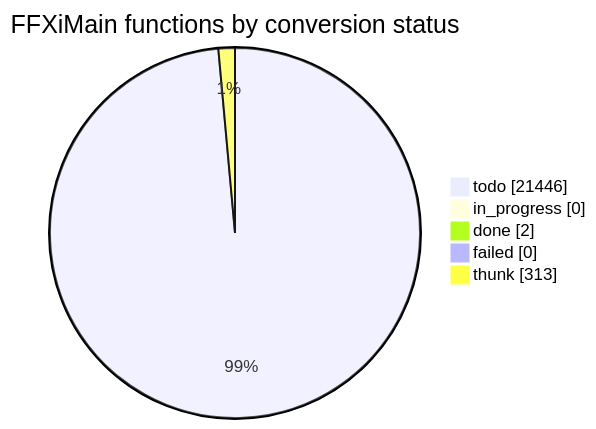
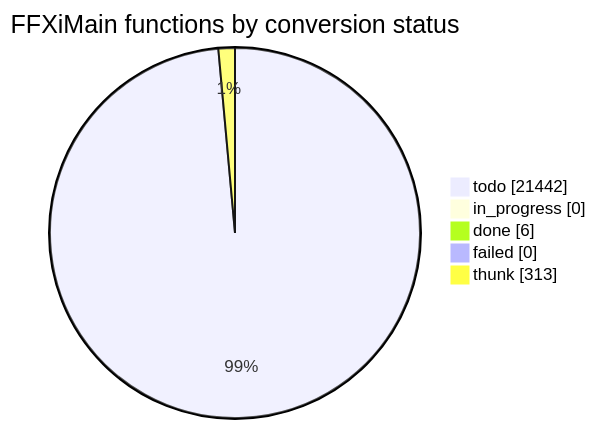
One commit to cowrevenge/cow_kuluu_xi_anything changed the diagram in docs/cow/STATUS.md. Above: the diagram before and after it, drawn with Mermaid. The commit also changed other lines of this file and 14 other files, not shown here.

````diff
--- a/docs/cow/STATUS.md
+++ b/docs/cow/STATUS.md
@@ -18,9 +18,9 @@
 ```mermaid
 pie showData
     title FFXiMain functions by conversion status
-    "todo" : 21446
+    "todo" : 21442
     "in_progress" : 0
-    "done" : 2
+    "done" : 6
     "failed" : 0
     "thunk" : 313
 ```
````
